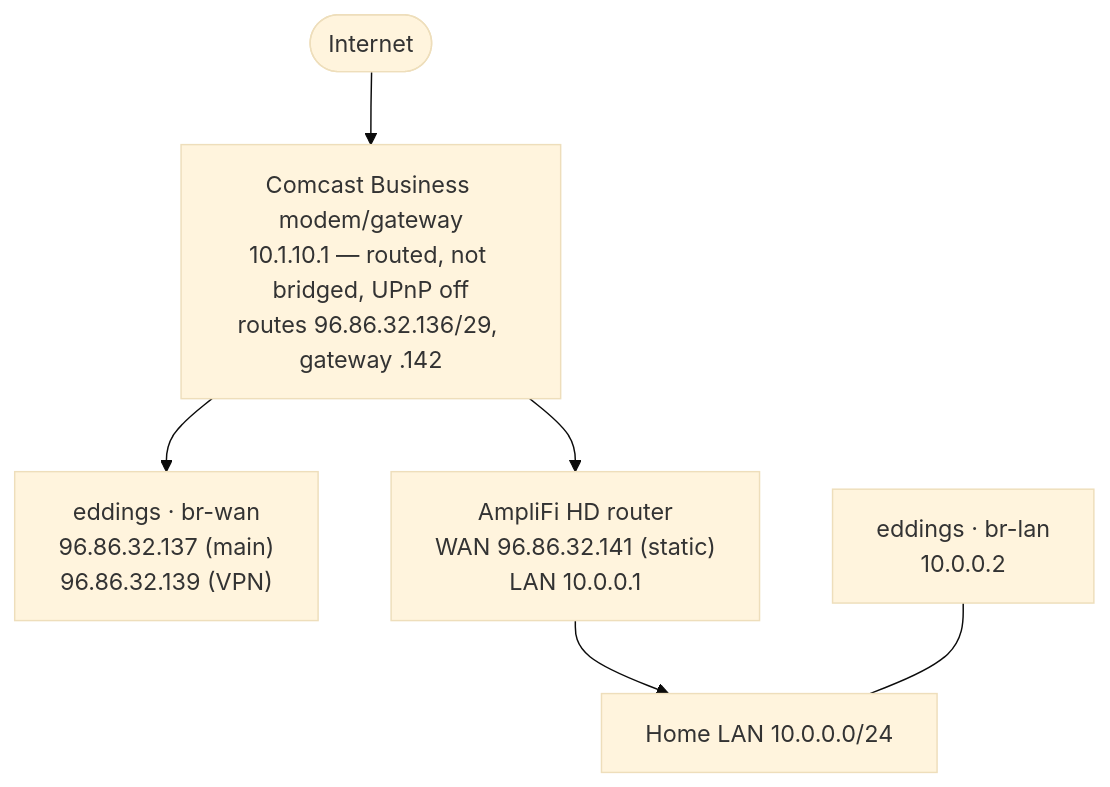
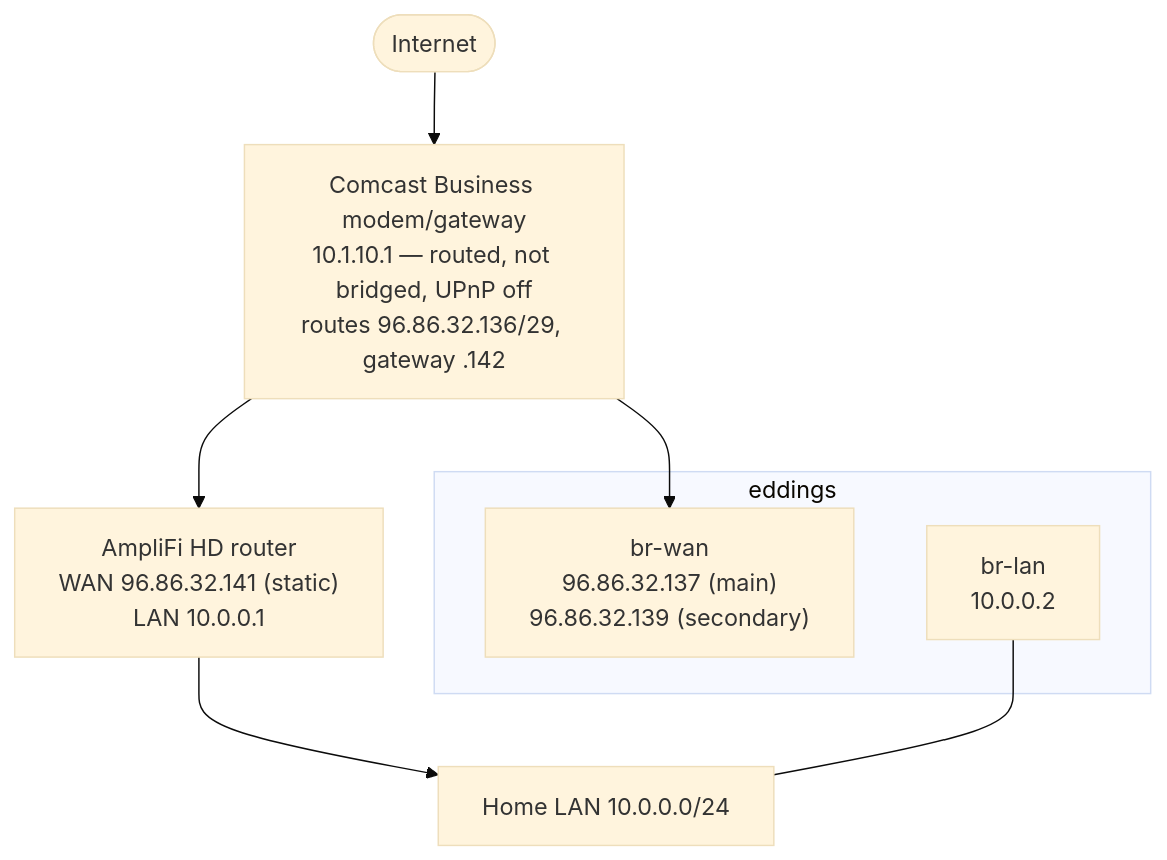
Before and after one commit to karlmdavis/justdavis-ansible: the first of 2 diagrams in roles/eddings_networking/README.md, drawn with Mermaid (base theme).

Commit message:
docs(eddings_networking): draw eddings as one host with its two bridges inside

````diff
--- a/roles/eddings_networking/README.md
+++ b/roles/eddings_networking/README.md
@@ -17,15 +17,18 @@
 ```mermaid
 flowchart TD
     net([Internet])
     modem["Comcast Business modem/gateway<br/>10.1.10.1 — routed, not bridged, UPnP off<br/>routes 96.86.32.136/29, gateway .142"]
-    eddings["eddings · br-wan<br/>96.86.32.137 (main)<br/>96.86.32.139 (VPN)"]
     amplifi["AmpliFi HD router<br/>WAN 96.86.32.141 (static)<br/>LAN 10.0.0.1"]
     lan["Home LAN 10.0.0.0/24"]
-    eddlan["eddings · br-lan<br/>10.0.0.2"]
+
+    subgraph eddings
+        wan["br-wan<br/>96.86.32.137 (main)<br/>96.86.32.139 (secondary)"]
+        lanif["br-lan<br/>10.0.0.2"]
+    end
 
     net --> modem
-    modem --> eddings
+    modem --> wan
     modem --> amplifi
     amplifi --> lan
-    eddlan --- lan
+    lanif --- lan
 ```
````
